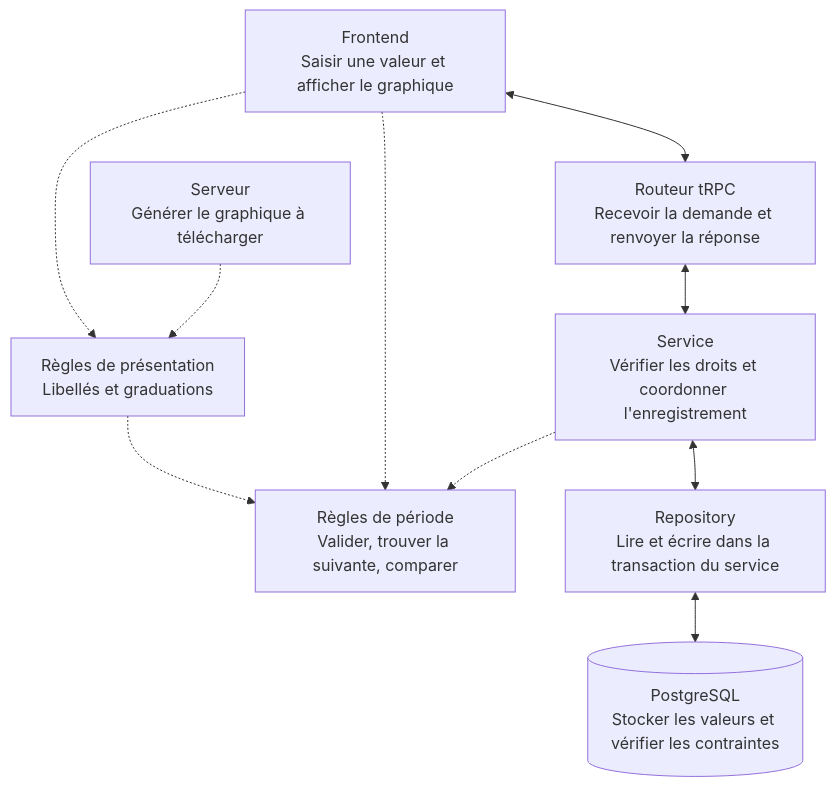
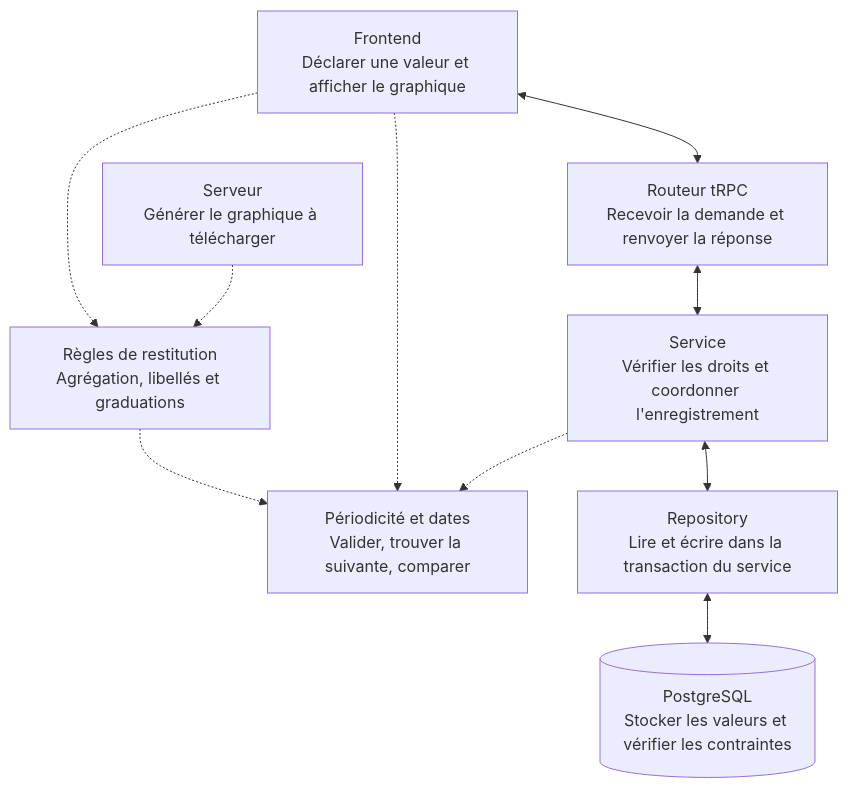
One commit to incubateur-ademe/territoires-en-transitions changed the second of 2 diagrams in doc/adr/0018-periodicite-des-indicateurs.md. Above: the diagram before and after it, drawn with Mermaid. The commit also changed other lines of this file and 4 other files, not shown here.

````diff
--- a/doc/adr/0018-periodicite-des-indicateurs.md
+++ b/doc/adr/0018-periodicite-des-indicateurs.md
@@ -167,13 +186,13 @@
 ```mermaid
 flowchart TB
-    UI["Frontend<br/>Saisir une valeur et afficher le graphique"] <--> API["Routeur tRPC<br/>Recevoir la demande et renvoyer la réponse"]
+    UI["Frontend<br/>Déclarer une valeur et afficher le graphique"] <--> API["Routeur tRPC<br/>Recevoir la demande et renvoyer la réponse"]
     API <--> SERVICE["Service<br/>Vérifier les droits et coordonner l'enregistrement"]
     SERVICE <--> REPO["Repository<br/>Lire et écrire dans la transaction du service"]
     REPO <--> DB[("PostgreSQL<br/>Stocker les valeurs et vérifier les contraintes")]
 
-    UI -.-> PERIODES["Règles de période<br/>Valider, trouver la suivante, comparer"]
+    UI -.-> PERIODES["Périodicité et dates<br/>Valider, trouver la suivante, comparer"]
     SERVICE -.-> PERIODES
-    UI -.-> PRESENTATION["Règles de présentation<br/>Libellés et graduations"]
+    UI -.-> PRESENTATION["Règles de restitution<br/>Agrégation, libellés et graduations"]
     RENDU["Serveur<br/>Générer le graphique à télécharger"] -.-> PRESENTATION
     PRESENTATION -.-> PERIODES
 ```
````
